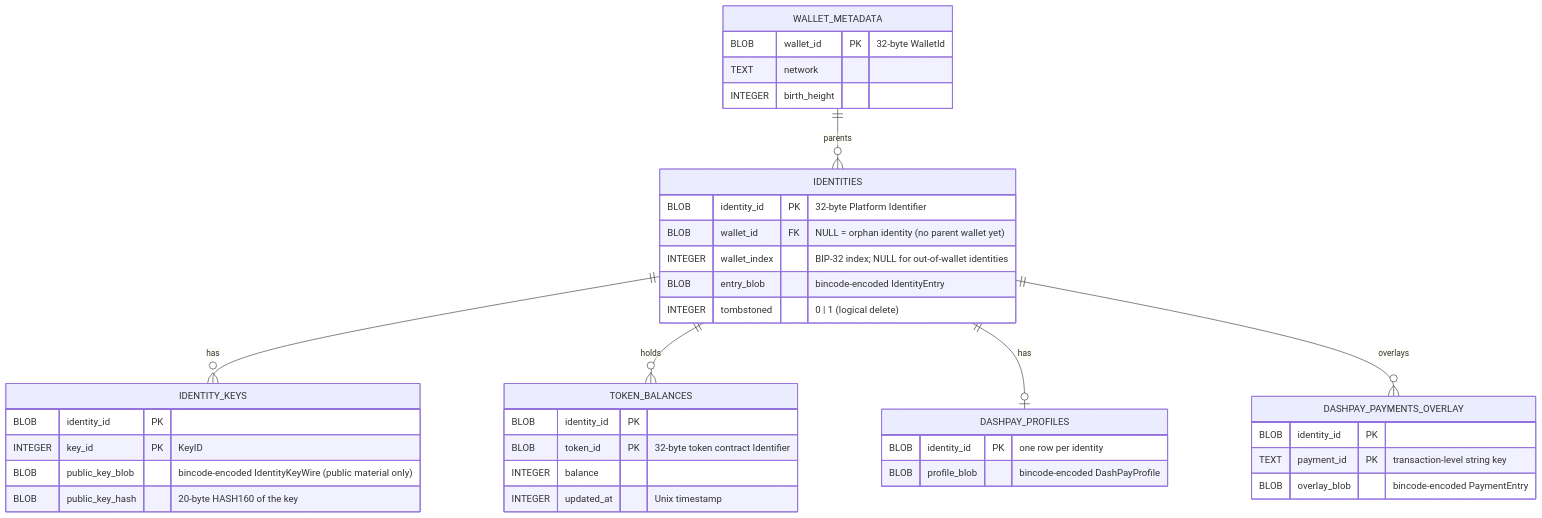
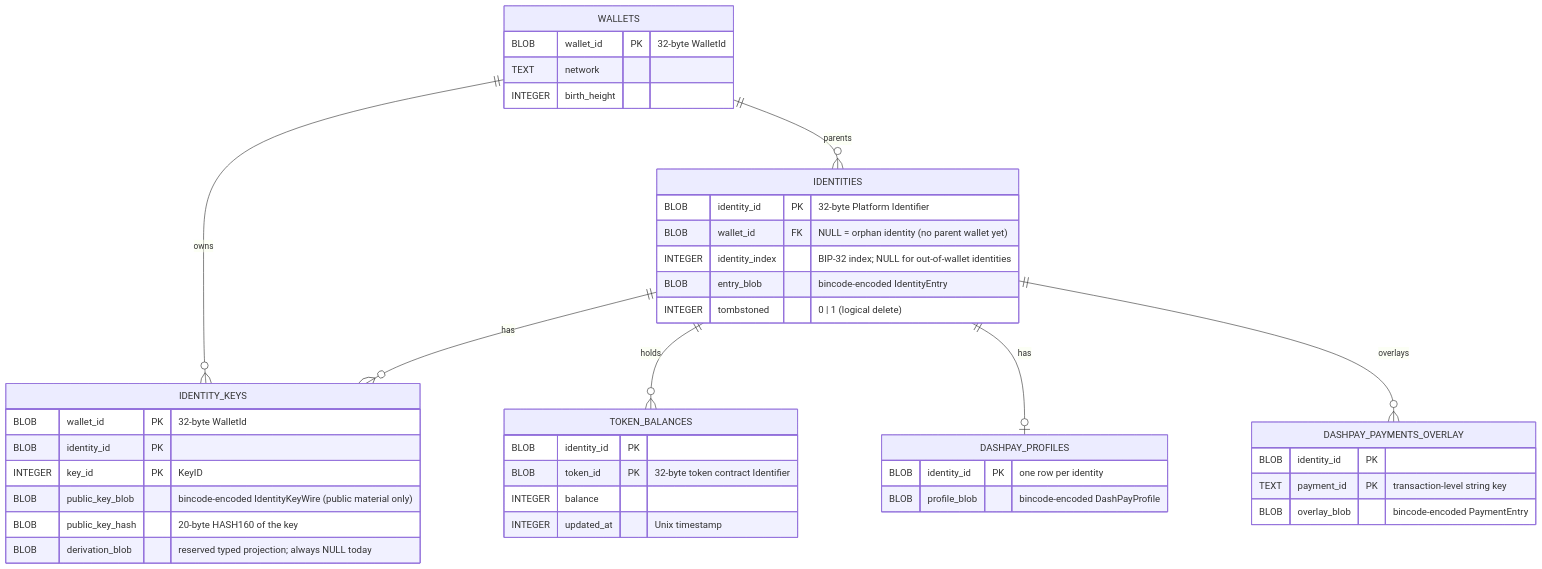
The second of 5 diagrams in packages/rs-platform-wallet-storage/SCHEMA.md (dashpay/platform), drawn with Mermaid before and after one commit. The commit also changed other lines of this file and 79 other files, not shown here.

````diff
--- a/packages/rs-platform-wallet-storage/SCHEMA.md
+++ b/packages/rs-platform-wallet-storage/SCHEMA.md
@@ -130,47 +111,50 @@
 ```mermaid
 erDiagram
-    WALLET_METADATA ||--o{ IDENTITIES : "parents"
+    WALLETS ||--o{ IDENTITIES : "parents"
+    WALLETS ||--o{ IDENTITY_KEYS : "owns"
     IDENTITIES ||--o{ IDENTITY_KEYS : "has"
     IDENTITIES ||--o{ TOKEN_BALANCES : "holds"
     IDENTITIES ||--o| DASHPAY_PROFILES : "has"
     IDENTITIES ||--o{ DASHPAY_PAYMENTS_OVERLAY : "overlays"
 
-    WALLET_METADATA {
+    WALLETS {
         BLOB wallet_id PK "32-byte WalletId"
         TEXT network
         INTEGER birth_height
     }
 
     IDENTITIES {
         BLOB identity_id PK "32-byte Platform Identifier"
         BLOB wallet_id FK "NULL = orphan identity (no parent wallet yet)"
-        INTEGER wallet_index "BIP-32 index; NULL for out-of-wallet identities"
+        INTEGER identity_index "BIP-32 index; NULL for out-of-wallet identities"
         BLOB entry_blob "bincode-encoded IdentityEntry"
         INTEGER tombstoned "0 | 1 (logical delete)"
     }
 
     IDENTITY_KEYS {
+        BLOB wallet_id PK "32-byte WalletId"
         BLOB identity_id PK
         INTEGER key_id PK "KeyID"
         BLOB public_key_blob "bincode-encoded IdentityKeyWire (public material only)"
         BLOB public_key_hash "20-byte HASH160 of the key"
+        BLOB derivation_blob "reserved typed projection; always NULL today"
     }
 
     TOKEN_BALANCES {
         BLOB identity_id PK
         BLOB token_id PK "32-byte token contract Identifier"
         INTEGER balance
         INTEGER updated_at "Unix timestamp"
     }
 
     DASHPAY_PROFILES {
         BLOB identity_id PK "one row per identity"
         BLOB profile_blob "bincode-encoded DashPayProfile"
     }
 
     DASHPAY_PAYMENTS_OVERLAY {
         BLOB identity_id PK
         TEXT payment_id PK "transaction-level string key"
         BLOB overlay_blob "bincode-encoded PaymentEntry"
     }
 ```
````
